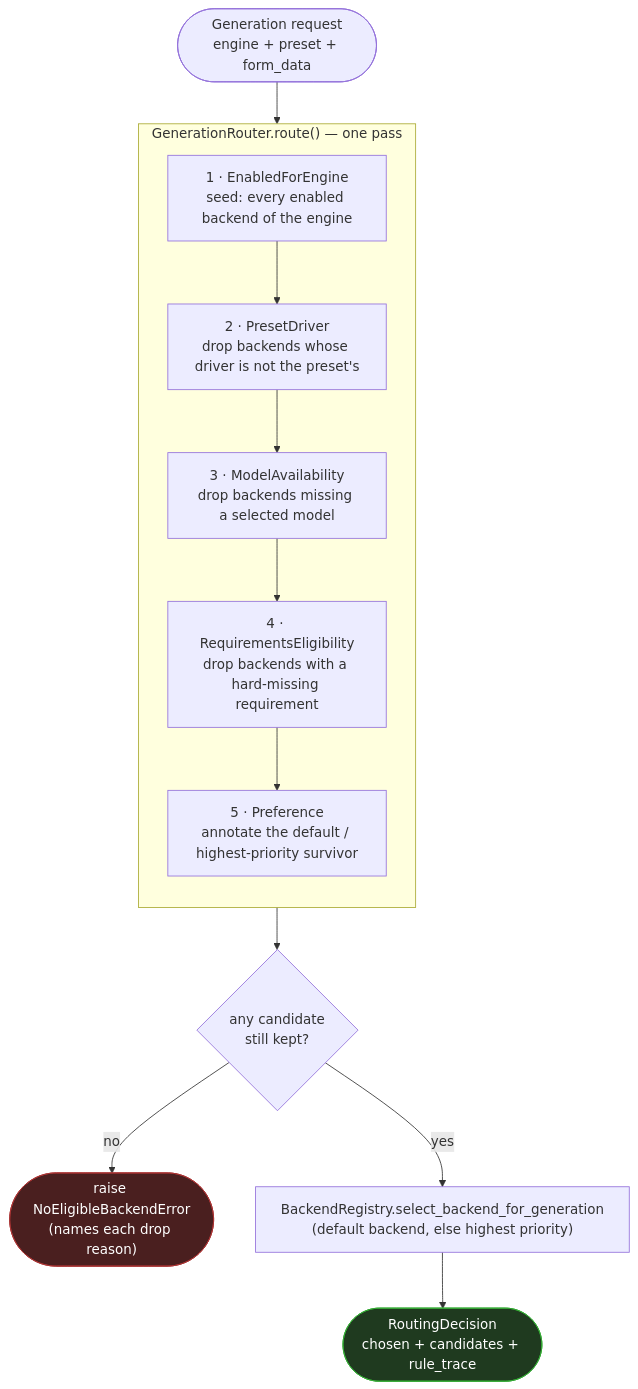
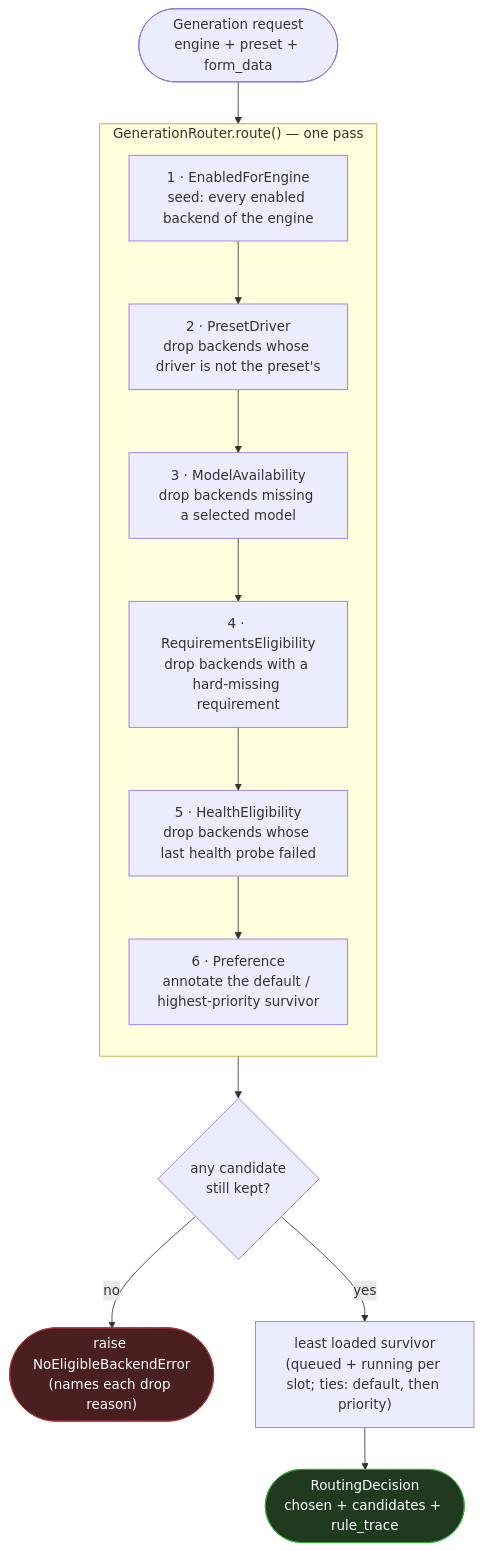
Before and after one commit to PotionUI/PotionUI: the first of 2 diagrams in docs/generation-routing.md, drawn with Mermaid. The commit also changed other lines of this file and 33 other files, not shown here.

Commit message:
Jobs spread across the backends of an engine; queue position is per backend; remote submits are checked and a silent worker times out

````diff
--- a/docs/generation-routing.md
+++ b/docs/generation-routing.md
@@ -28,22 +28,23 @@
 ```mermaid
 flowchart TD
     Start(["Generation request\nengine + preset + form_data"]) --> Seed
 
     subgraph Chain["GenerationRouter.route() — one pass"]
         direction TB
         Seed["1 · EnabledForEngine\nseed: every enabled backend of the engine"]
         Drv["2 · PresetDriver\ndrop backends whose driver is not the preset's"]
         Avail["3 · ModelAvailability\ndrop backends missing a selected model"]
         Req["4 · RequirementsEligibility\ndrop backends with a hard-missing requirement"]
-        Pref["5 · Preference\nannotate the default / highest-priority survivor"]
-        Seed --> Drv --> Avail --> Req --> Pref
+        Health["5 · HealthEligibility\ndrop backends whose last health probe failed"]
+        Pref["6 · Preference\nannotate the default / highest-priority survivor"]
+        Seed --> Drv --> Avail --> Req --> Health --> Pref
     end
 
     Pref --> AnyLeft{"any candidate\nstill kept?"}
     AnyLeft -- "no" --> Fail(["raise NoEligibleBackendError\n(names each drop reason)"])
-    AnyLeft -- "yes" --> Pick["BackendRegistry.select_backend_for_generation\n(default backend, else highest priority)"]
+    AnyLeft -- "yes" --> Pick["least loaded survivor\n(queued + running per slot; ties: default, then priority)"]
     Pick --> Decision(["RoutingDecision\nchosen + candidates + rule_trace"])
 
     style Fail fill:#4a1f1f,stroke:#a33,color:#fff
     style Decision fill:#1f3a1f,stroke:#3a3,color:#fff
 ```
````
